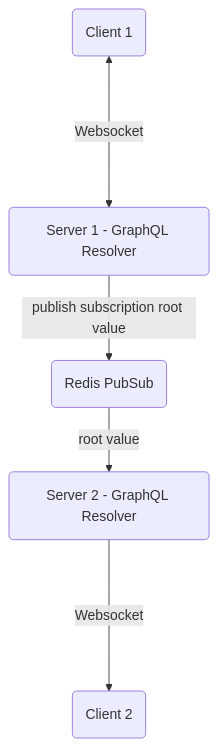
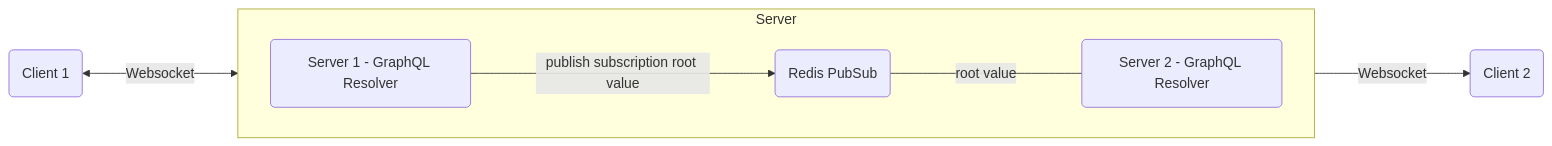
One commit to ParabolInc/parabol changed the first of 2 diagrams in docs/serviceDiagram.md. Above: the diagram before and after it, drawn with Mermaid. The commit also changed other lines of this file, not shown here.

Commit message:
Horizontal flow chart

````diff
--- a/docs/serviceDiagram.md
+++ b/docs/serviceDiagram.md
@@ -9,15 +10,18 @@
 ```mermaid
-flowchart TD
+flowchart LR
   Client1(Client 1)
   Client2(Client 2)
   Server1(Server 1 - GraphQL Resolver)
   Server2(Server 2 - GraphQL Resolver)
   RedisSubscriptionPubSub(Redis PubSub)
 
   click Server1 "../packages/server/server.ts"
 
-  Client1 <---->|Websocket| Server1
-  Server1 -->|publish subscription root value| RedisSubscriptionPubSub
-  RedisSubscriptionPubSub -->|root value| Server2
-  Server2 ---->|Websocket| Client2
+  Client1 <--->|Websocket| Server1
+  Server2 --->|Websocket| Client2
+subgraph Server
+  direction LR
+  Server1 --->|publish subscription root value| RedisSubscriptionPubSub
+  RedisSubscriptionPubSub <---|root value| Server2
+end
 ```
````
